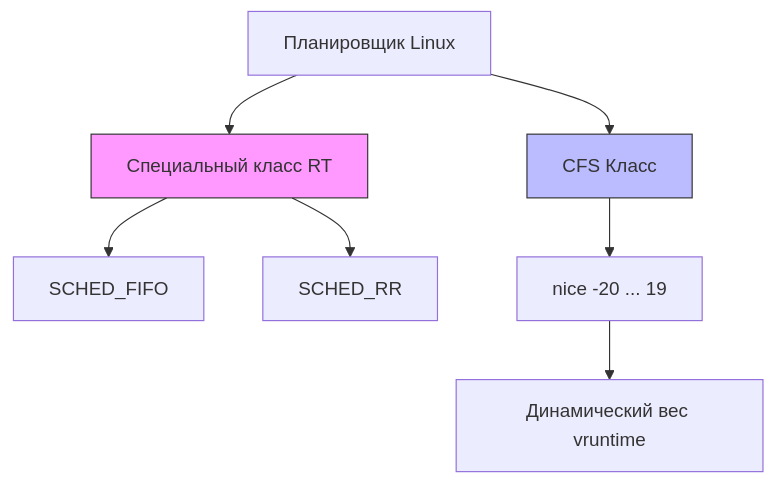
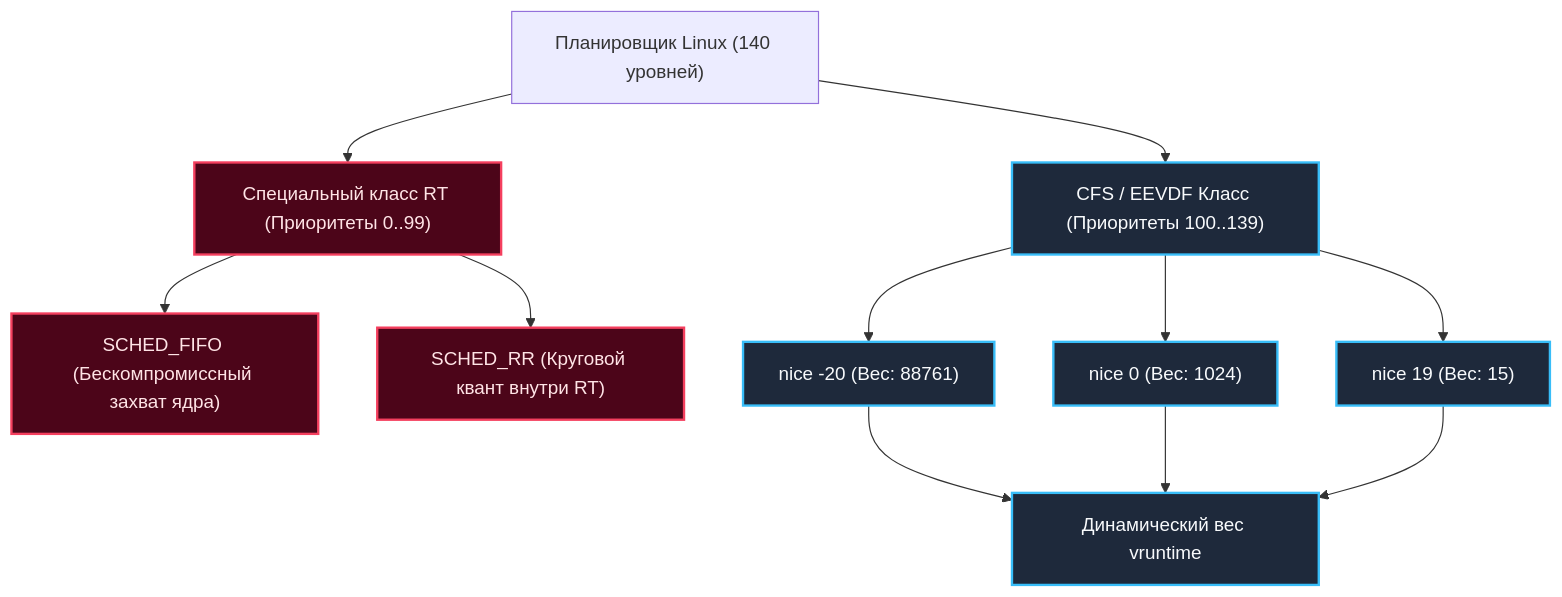
Before and after one commit to UnrealTemplier/go-textbook: the diagram in sources/2. Устройство и работа ОС/10. Приоритеты процессов и потоков. nice, renice, realtime.md, drawn with Mermaid. The commit also changed other lines of this file, not shown here.

Commit message:
feat(module-02): editorial rewrite of Lecture 10 (Process Priorities, nice, renice, Real-Time, cgroups v2) in Kernighan style

````diff
--- a/sources/2. Устройство и работа ОС/10. Приоритеты процессов и потоков. nice, renice, realtime.md
+++ b/sources/2. Устройство и работа ОС/10. Приоритеты процессов и потоков. nice, renice, realtime.md
@@ -24,11 +49,21 @@
 ```mermaid
 flowchart TD
-    A[Планировщик Linux] --> B[Специальный класс RT]
-    A --> C[CFS Класс]
-    B --> B1[SCHED_FIFO]
-    B --> B2[SCHED_RR]
-    C --> C1[nice -20 ... 19]
-    C1 --> C2[Динамический вес vruntime]
-    style B fill:#f9f,stroke:#333
-    style C fill:#bbf,stroke:#333
+    A["Планировщик Linux (140 уровней)"] --> B["Специальный класс RT (Приоритеты 0..99)"]
+    A --> C["CFS / EEVDF Класс (Приоритеты 100..139)"]
+    
+    B --> B1["SCHED_FIFO (Бескомпромиссный захват ядра)"]
+    B --> B2["SCHED_RR (Круговой квант внутри RT)"]
+    
+    C --> C1["nice -20 (Вес: 88761)"]
+    C --> C2["nice 0 (Вес: 1024)"]
+    C --> C3["nice 19 (Вес: 15)"]
+    
+    C1 --> D["Динамический вес vruntime"]
+    C2 --> D
+    C3 --> D
+
+    classDef rt fill:#4c0519,stroke:#f43f5e,stroke-width:2px,color:#ffe4e6;
+    classDef cfs fill:#1e293b,stroke:#38bdf8,stroke-width:2px,color:#f8fafc;
+    class B,B1,B2 rt;
+    class C,C1,C2,C3,D cfs;
 ```
````
